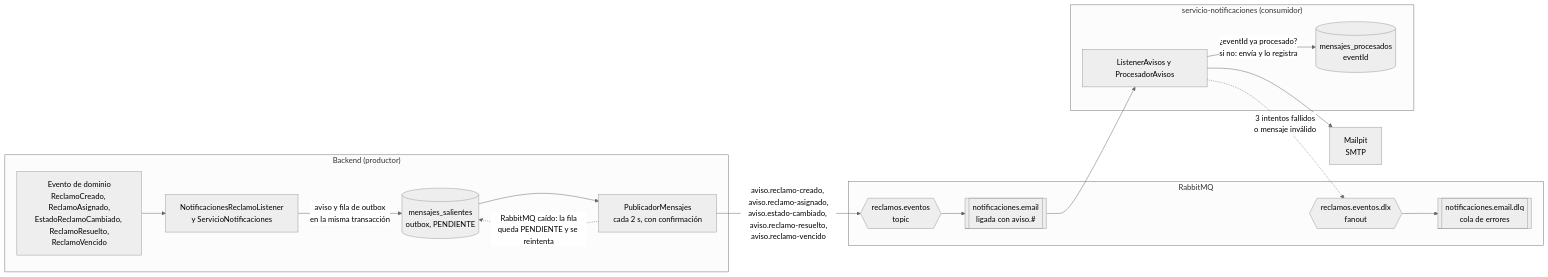
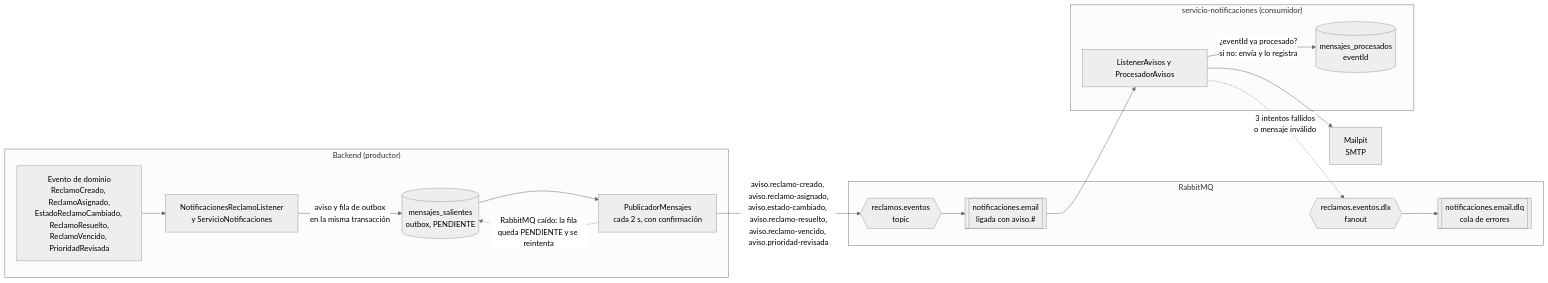
One commit to SanTegli/DesarrolloAppsIIGrupo10 changed the first of 2 diagrams in docs/contratos/mensajes.md. Above: the diagram before and after it, drawn with Mermaid (neutral theme). The commit also changed other lines of this file and 53 other files, not shown here.

````diff
--- a/docs/contratos/mensajes.md
+++ b/docs/contratos/mensajes.md
@@ -16,32 +18,32 @@
 ```mermaid
 flowchart LR
   subgraph BACK["Backend (productor)"]
-    EV["Evento de dominio<br/>ReclamoCreado, ReclamoAsignado,<br/>EstadoReclamoCambiado, ReclamoResuelto,<br/>ReclamoVencido"]
+    EV["Evento de dominio<br/>ReclamoCreado, ReclamoAsignado,<br/>EstadoReclamoCambiado, ReclamoResuelto,<br/>ReclamoVencido, PrioridadRevisada"]
     LIS["NotificacionesReclamoListener<br/>y ServicioNotificaciones"]
     OUT[("mensajes_salientes<br/>outbox, PENDIENTE")]
     PUB["PublicadorMensajes<br/>cada 2 s, con confirmación"]
   end
   subgraph MQ["RabbitMQ"]
     EX{{"reclamos.eventos<br/>topic"}}
     Q[["notificaciones.email<br/>ligada con aviso.#"]]
     DLX{{"reclamos.eventos.dlx<br/>fanout"}}
     DLQ[["notificaciones.email.dlq<br/>cola de errores"]]
   end
   subgraph NOT["servicio-notificaciones (consumidor)"]
     CON["ListenerAvisos y ProcesadorAvisos"]
     IDS[("mensajes_procesados<br/>eventId")]
   end
   MAIL["Mailpit<br/>SMTP"]
 
   EV --> LIS
   LIS -->|"aviso y fila de outbox<br/>en la misma transacción"| OUT
   OUT --> PUB
-  PUB -->|"aviso.reclamo-creado, aviso.reclamo-asignado,<br/>aviso.estado-cambiado, aviso.reclamo-resuelto,<br/>aviso.reclamo-vencido"| EX
+  PUB -->|"aviso.reclamo-creado, aviso.reclamo-asignado,<br/>aviso.estado-cambiado, aviso.reclamo-resuelto,<br/>aviso.reclamo-vencido, aviso.prioridad-revisada"| EX
   PUB -.->|"RabbitMQ caído: la fila<br/>queda PENDIENTE y se reintenta"| OUT
   EX --> Q
   Q --> CON
   CON -->|"¿eventId ya procesado?<br/>si no: envía y lo registra"| IDS
   CON --> MAIL
   CON -.->|"3 intentos fallidos<br/>o mensaje inválido"| DLX
   DLX --> DLQ
 ```
````
